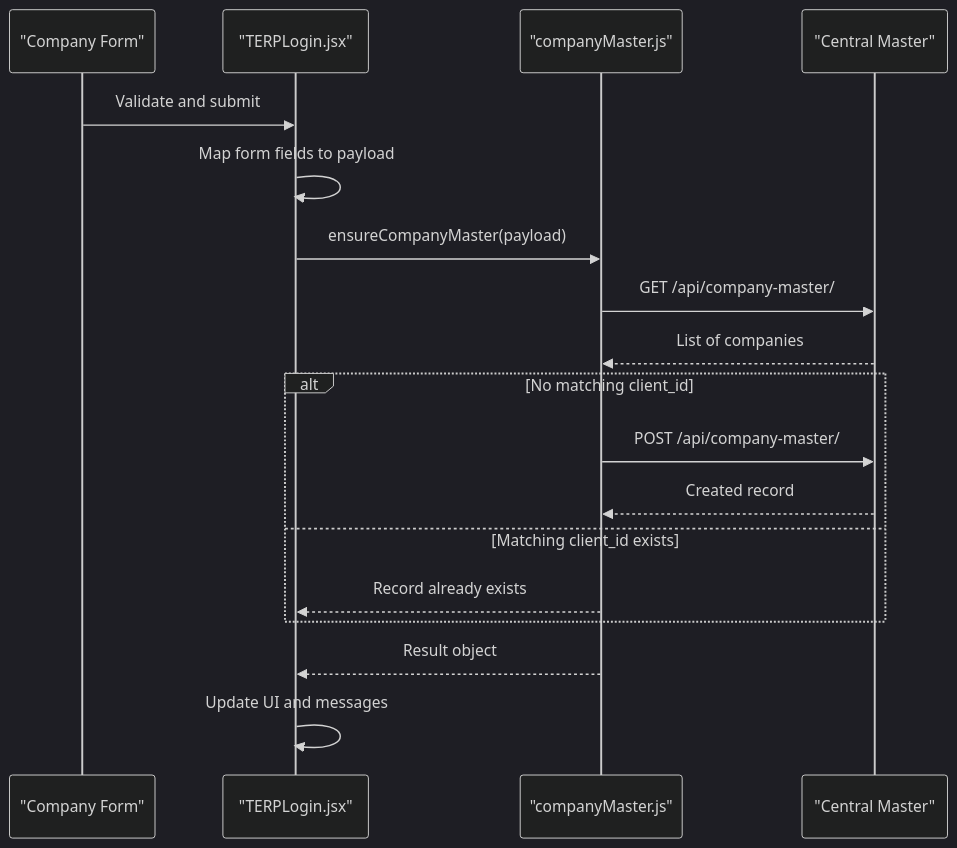
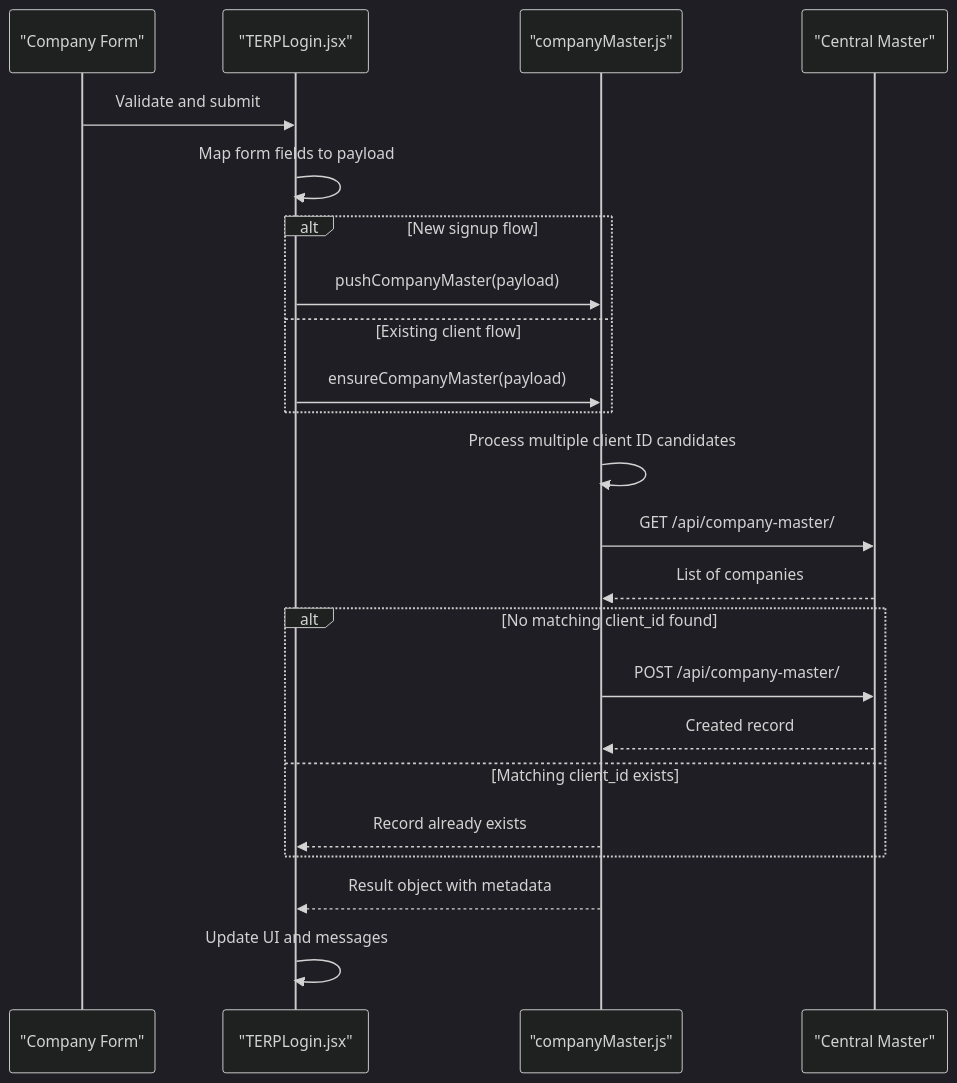
The fourth of 5 diagrams in .qoder/repowiki/en/content/API Integration Layer/Company Master API Integration.md (imcbsglobal/TRELLISCO_ERP_FRONTEND), drawn with Mermaid (dark theme) before and after one commit. The commit also changed other lines of this file and 24 other files, not shown here.

````diff
--- a/.qoder/repowiki/en/content/API Integration Layer/Company Master API Integration.md
+++ b/.qoder/repowiki/en/content/API Integration Layer/Company Master API Integration.md
@@ -198,20 +238,25 @@
 ```mermaid
 sequenceDiagram
 participant Form as "Company Form"
 participant Page as "TERPLogin.jsx"
 participant Client as "companyMaster.js"
 participant Backend as "Central Master"
 Form->>Page : Validate and submit
 Page->>Page : Map form fields to payload
+alt New signup flow
+Page->>Client : pushCompanyMaster(payload)
+else Existing client flow
 Page->>Client : ensureCompanyMaster(payload)
+end
+Client->>Client : Process multiple client ID candidates
 Client->>Backend : GET /api/company-master/
 Backend-->>Client : List of companies
-alt No matching client_id
+alt No matching client_id found
 Client->>Backend : POST /api/company-master/
 Backend-->>Client : Created record
 else Matching client_id exists
 Client-->>Page : Record already exists
 end
-Client-->>Page : Result object
+Client-->>Page : Result object with metadata
 Page->>Page : Update UI and messages
 ```
````
